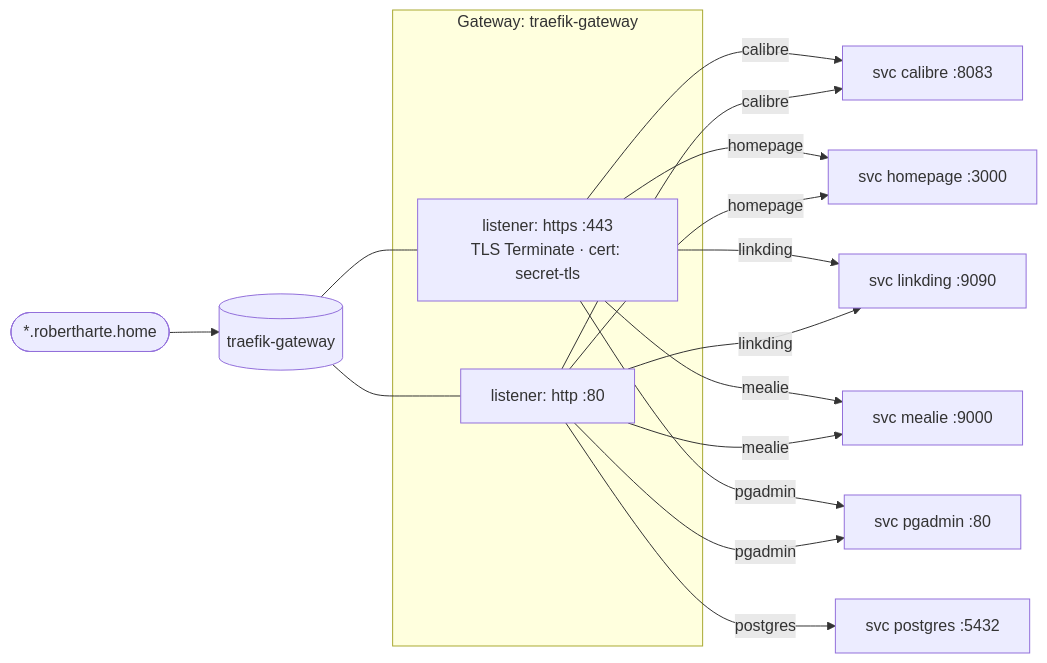
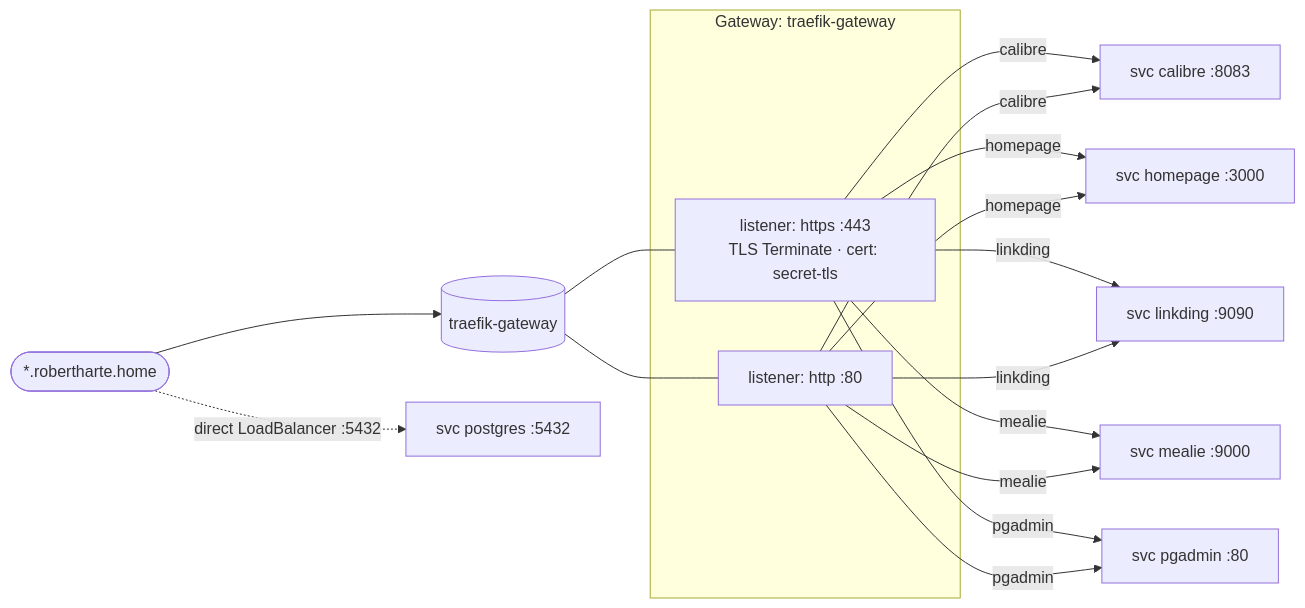
The diagram in wiki/HTTPRoutes.md (Robert-Harte/homelab-kubernetes), drawn with Mermaid before and after one commit. The commit also changed other lines of this file, not shown here.

First line of the commit message:
Update: HTTPRoutes diagram — drop postgres, all routes http+https

````diff
--- a/wiki/HTTPRoutes.md
+++ b/wiki/HTTPRoutes.md
@@ -7,25 +7,27 @@
 ```mermaid
 flowchart LR
     U([*.robertharte.home]) --> GW
 
     subgraph gw ["Gateway: traefik-gateway"]
         L80["listener: http :80"]
         L443["listener: https :443<br/>TLS Terminate · cert: secret-tls"]
     end
 
     GW[(traefik-gateway)] --- L80
     GW --- L443
 
-    %% HTTPRoutes -> services. parentRef sectionName shown on the edge.
+    %% Every HTTPRoute attaches to both the http and https listeners.
     L443 -->|calibre| SVC1[svc calibre :8083]
     L80  -->|calibre| SVC1
     L443 -->|homepage| SVC2[svc homepage :3000]
     L80  -->|homepage| SVC2
     L443 -->|linkding| SVC3[svc linkding :9090]
     L80  -->|linkding| SVC3
     L443 -->|mealie| SVC4[svc mealie :9000]
     L80  -->|mealie| SVC4
     L443 -->|pgadmin| SVC5[svc pgadmin :80]
     L80  -->|pgadmin| SVC5
-    L80  -->|postgres| SVC6[svc postgres :5432]
+
+    %% postgres is NOT routed through the Gateway — it uses its own LoadBalancer.
+    U -. direct LoadBalancer :5432 .-> PG[svc postgres :5432]
 ```
````
